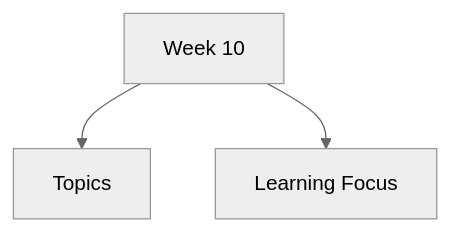
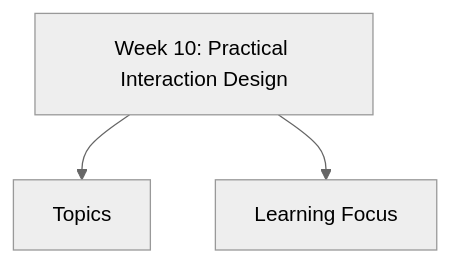
One commit to abdulahshoaib/ahci changed the diagram in content/docs/week-10/_index.md. Above: the diagram before and after it, drawn with Mermaid (neutral theme). The commit also changed other lines of this file and 10 other files, not shown here.

````diff
--- a/content/docs/week-10/_index.md
+++ b/content/docs/week-10/_index.md
@@ -11,6 +12,6 @@
 ```mermaid
 flowchart TD
-    T["Week 10"]
+    T["Week 10: Practical Interaction Design"]
     T --> S1["Topics"]
     T --> S2["Learning Focus"]
 ```
````
